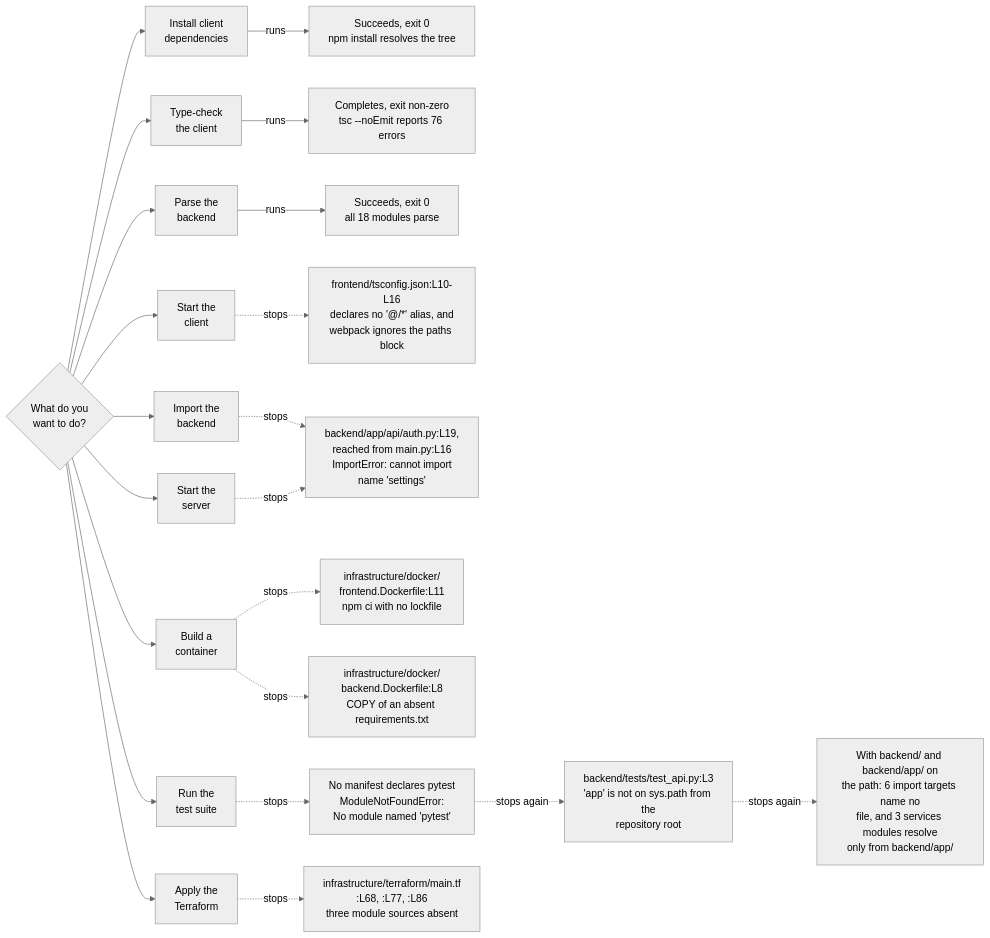
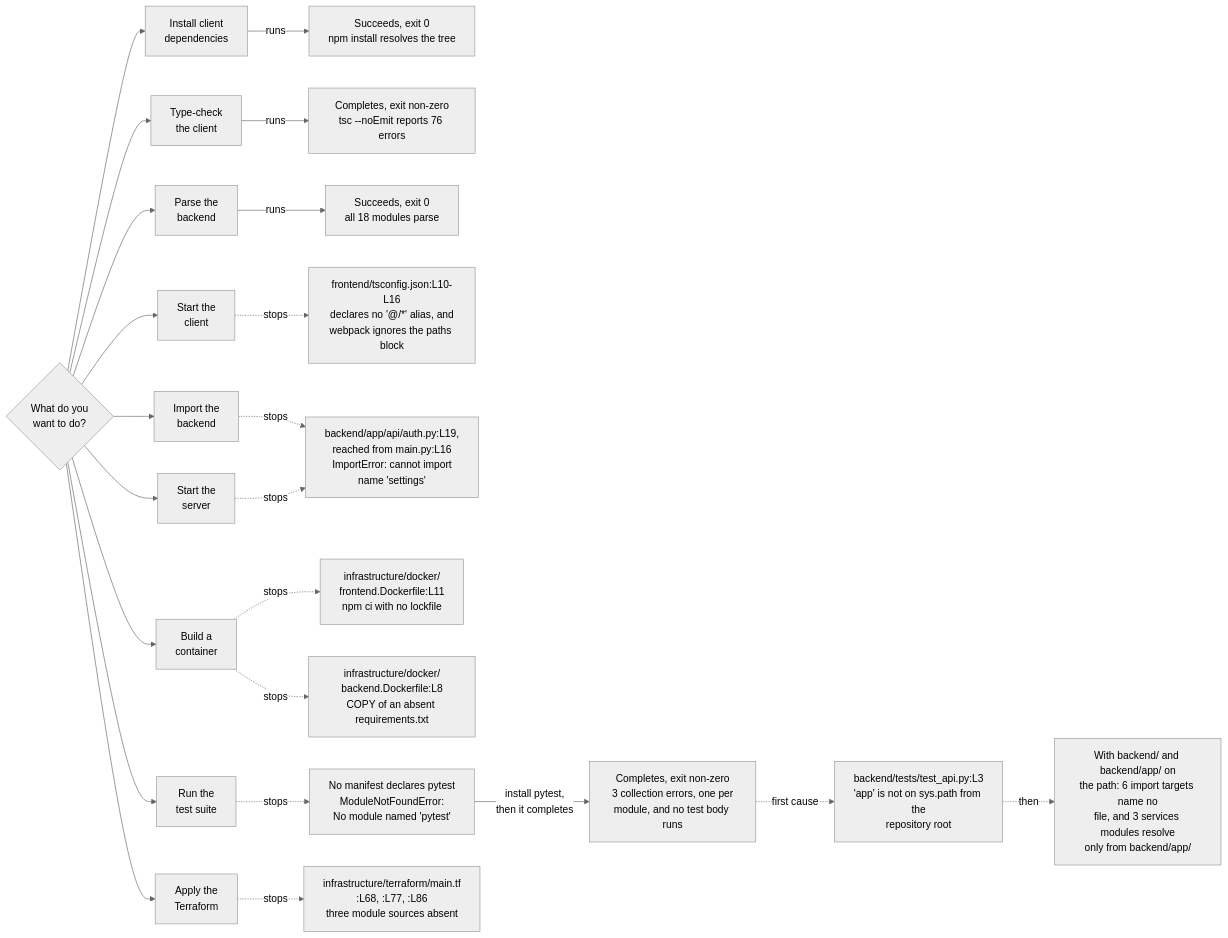
Before and after one commit to blitzy-public-samples/microsoft-word-u33ko0: the diagram in docs/onboarding.md, drawn with Mermaid (neutral theme). The commit also changed other lines of this file and 27 other files, not shown here.

````diff
--- a/docs/onboarding.md
+++ b/docs/onboarding.md
@@ -704,34 +704,36 @@
 ```mermaid
 graph LR
     accTitle: What runs today and where each run stops
-    accDescr: A decision node fans out to nine tasks. Three run to completion. Six stop, and each failure node names the file and line that stops it.
+    accDescr: A decision node fans out to nine tasks. Four run to completion and two of those succeed. Five stop, and each failure node names the file and line that stops it. The test path stops until pytest is installed, then completes and reports three collection errors.
     START{"What do you<br/>want to do?"}
 
     START --> A["Install client<br/>dependencies"]
     START --> B["Type-check<br/>the client"]
     START --> C["Parse the<br/>backend"]
     START --> D["Start the<br/>client"]
     START --> E["Import the<br/>backend"]
     START --> F["Start the<br/>server"]
     START --> G["Build a<br/>container"]
     START --> H["Run the<br/>test suite"]
     START --> I["Apply the<br/>Terraform"]
 
     A -->|"runs"| AOK["Succeeds, exit 0<br/>npm install resolves the tree"]
     B -->|"runs"| BOK["Completes, exit non-zero<br/>tsc --noEmit reports 76 errors"]
     C -->|"runs"| COK["Succeeds, exit 0<br/>all 18 modules parse"]
 
     D -.->|"stops"| DNO["frontend/tsconfig.json:L10-L16<br/>declares no '@/*' alias, and<br/>webpack ignores the paths block"]
     E -.->|"stops"| ENO["backend/app/api/auth.py:L19,<br/>reached from main.py:L16<br/>ImportError: cannot import<br/>name 'settings'"]
     F -.->|"stops"| ENO
     G -.->|"stops"| GNO1["infrastructure/docker/<br/>frontend.Dockerfile:L11<br/>npm ci with no lockfile"]
     G -.->|"stops"| GNO2["infrastructure/docker/<br/>backend.Dockerfile:L8<br/>COPY of an absent requirements.txt"]
     H -.->|"stops"| HNO0["No manifest declares pytest<br/>ModuleNotFoundError:<br/>No module named 'pytest'"]
-    HNO0 -.->|"stops again"| HNO1["backend/tests/test_api.py:L3<br/>'app' is not on sys.path from the<br/>repository root"]
-    HNO1 -.->|"stops again"| HNO2["With backend/ and backend/app/ on<br/>the path: 6 import targets name no<br/>file, and 3 services modules resolve<br/>only from backend/app/"]
+    HNO0 -->|"install pytest,<br/>then it completes"| HOK["Completes, exit non-zero<br/>3 collection errors, one per<br/>module, and no test body runs"]
+    HOK -.->|"first cause"| HNO1["backend/tests/test_api.py:L3<br/>'app' is not on sys.path from the<br/>repository root"]
+    HNO1 -.->|"then"| HNO2["With backend/ and backend/app/ on<br/>the path: 6 import targets name no<br/>file, and 3 services modules resolve<br/>only from backend/app/"]
     I -.->|"stops"| INO["infrastructure/terraform/main.tf<br/>:L68, :L77, :L86<br/>three module sources absent"]
 
 %% A solid edge marks a path that runs to completion, and its node states whether the run succeeded.
 %% A dashed edge marks a path that stops before completing, and every failure node names the file
-%% and line that stops it.
+%% and line that stops it. A dashed edge leaving a completion node points at a cause of the failure
+%% that node reports rather than at a further stop.
 ```
````
